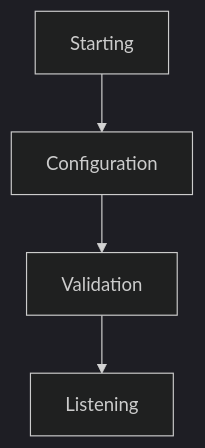
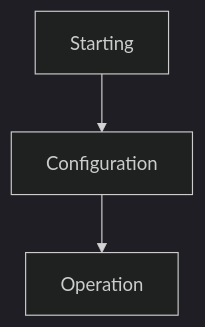
The first of 4 diagrams in Software/esp32/can-to-go-system/README.md (michaelgr22/can-to-go-system), drawn with Mermaid (dark theme) before and after one commit. The commit also changed other lines of this file, not shown here.

````diff
--- a/Software/esp32/can-to-go-system/README.md
+++ b/Software/esp32/can-to-go-system/README.md
@@ -7,8 +7,7 @@
 ```mermaid
   flowchart TB
     Starting[Starting]
     Configuration[Configuration];
-    Validation[Validation]
-    Listening[Listening];
-    Starting --> Configuration --> Validation --> Listening;
+    Operation[Operation]
+    Starting --> Configuration --> Operation
 ```
````
